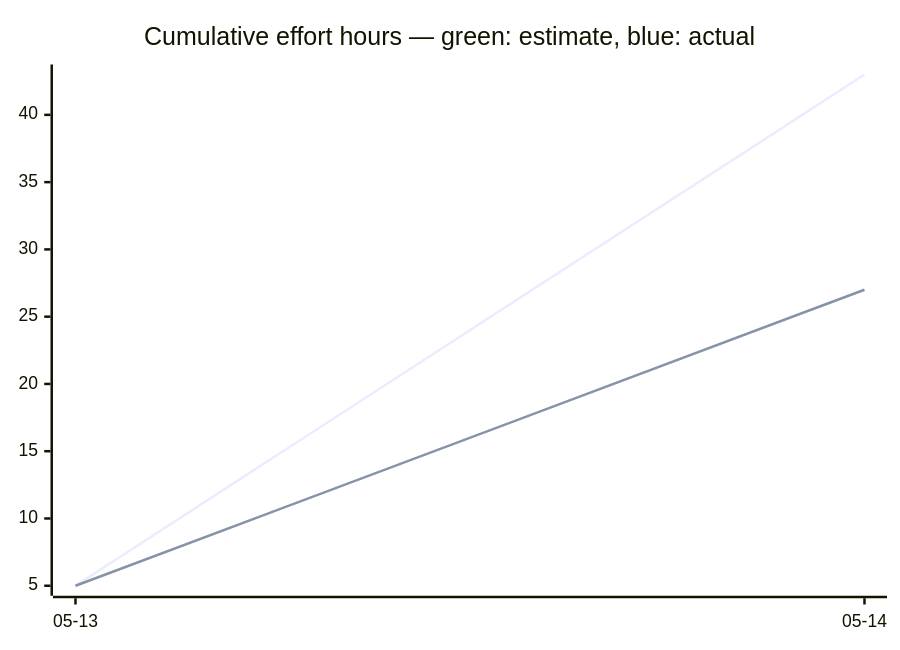
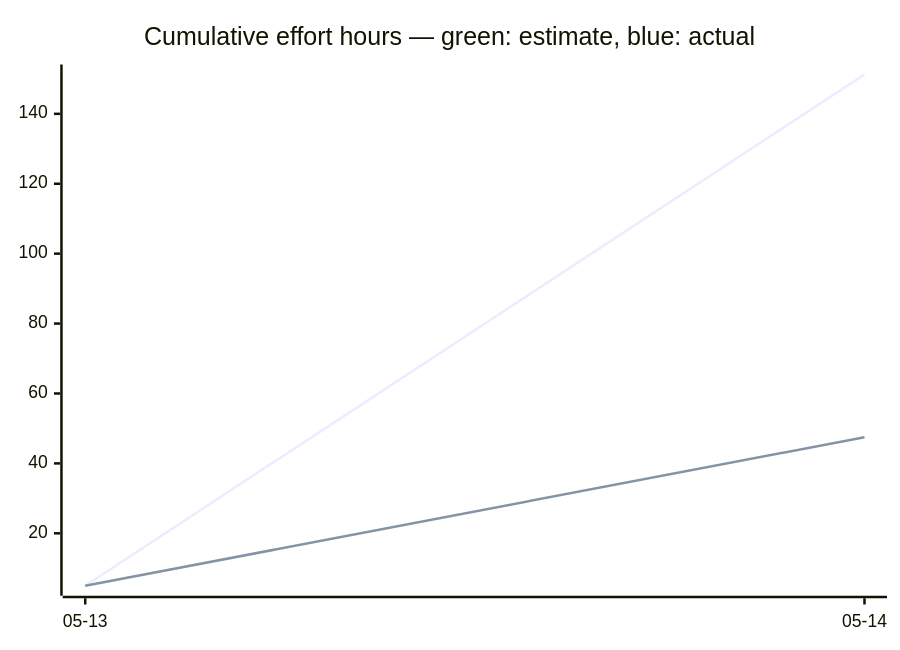
Before and after one commit to tgd1975/CircuitSmith: the third of 3 diagrams in docs/developers/tasks/OVERVIEW.md, drawn with Mermaid. The commit also changed other lines of this file and 126 other files, not shown here.

````diff
--- a/docs/developers/tasks/OVERVIEW.md
+++ b/docs/developers/tasks/OVERVIEW.md
@@ -39,7 +39,7 @@
 ```mermaid
 xychart-beta
     title "Cumulative effort hours — green: estimate, blue: actual"
     x-axis ["05-13", "05-14"]
-    line [5, 43]
-    line [5, 27]
+    line [5, 151.25]
+    line [5, 47.5]
 ```
````
